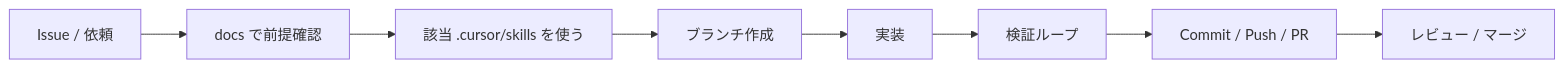
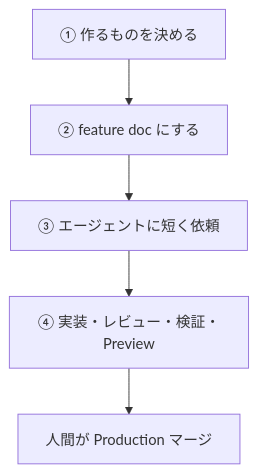
One commit to ike-gagagami97/my-recipe changed the diagram in docs/development/workflow.md. Above: the diagram before and after it, drawn with Mermaid. The commit also changed other lines of this file and 11 other files, not shown here.

````diff
--- a/docs/development/workflow.md
+++ b/docs/development/workflow.md
@@ -14,10 +15,7 @@
 ```mermaid
-flowchart LR
-  A[Issue / 依頼] --> B[docs で前提確認]
-  B --> C[該当 .cursor/skills を使う]
-  C --> D[ブランチ作成]
-  D --> E[実装]
-  E --> F[検証ループ]
-  F --> G[Commit / Push / PR]
-  G --> H[レビュー / マージ]
+flowchart TD
+  S1[① 作るものを決める] --> S2[② feature doc にする]
+  S2 --> S3[③ エージェントに短く依頼]
+  S3 --> S4[④ 実装・レビュー・検証・Preview]
+  S4 --> S5[人間が Production マージ]
 ```
````
